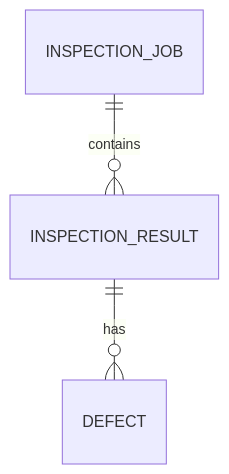
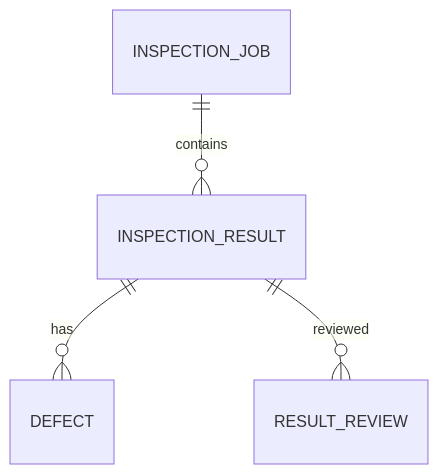
The diagram in docs/04_데이터정의서.md (mycom0216/VisionQC), drawn with Mermaid before and after one commit. The commit also changed other lines of this file and 13 other files, not shown here.

````diff
--- a/docs/04_데이터정의서.md
+++ b/docs/04_데이터정의서.md
@@ -18,5 +18,6 @@
 ```mermaid
 erDiagram
     INSPECTION_JOB ||--o{ INSPECTION_RESULT : contains
     INSPECTION_RESULT ||--o{ DEFECT : has
+    INSPECTION_RESULT ||--o{ RESULT_REVIEW : reviewed
 ```
````
